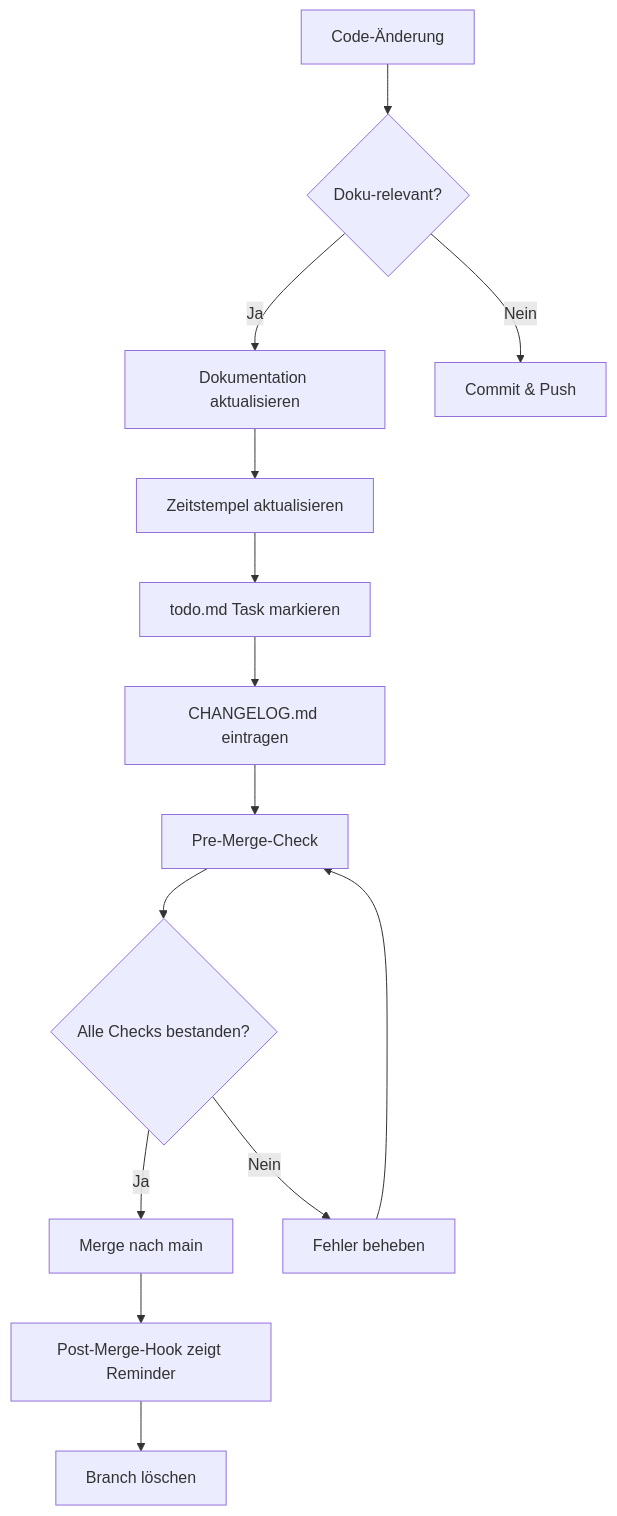
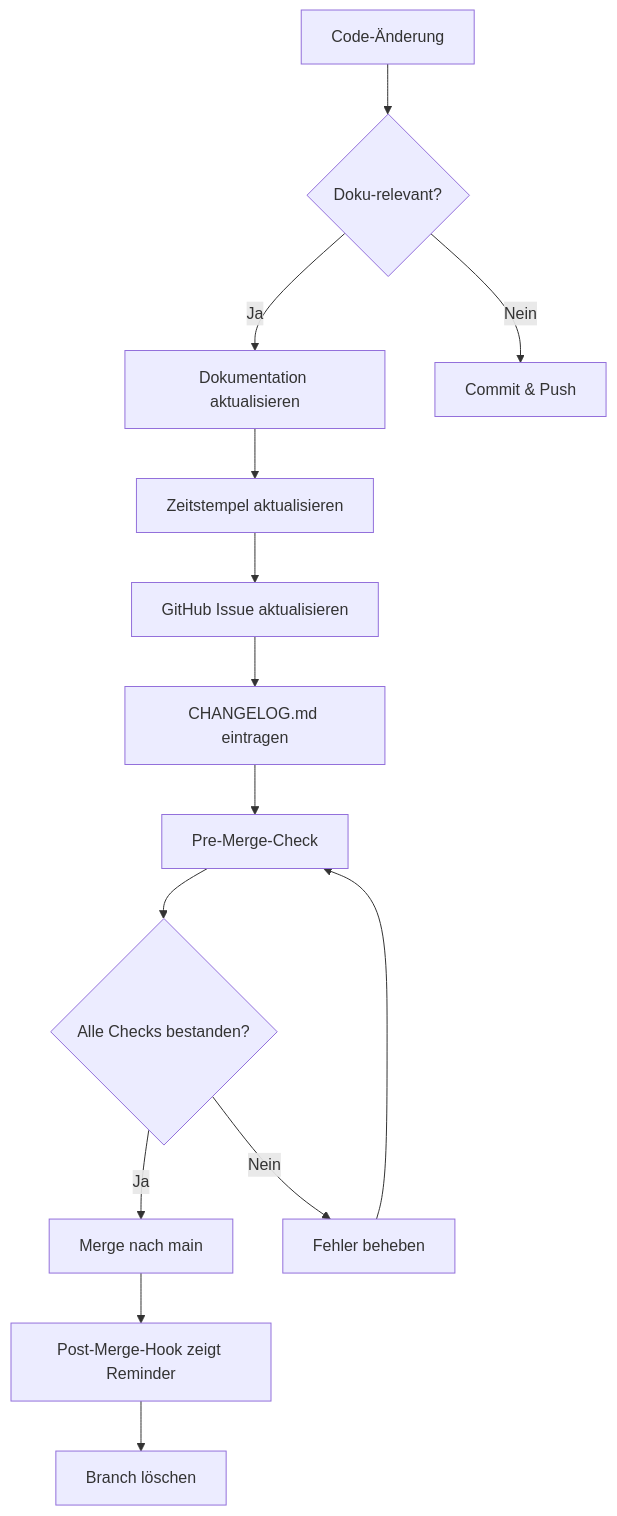
The diagram in docs/operations/documentation-governance.md (HaraldKiessling/DevSystem), drawn with Mermaid before and after one commit. The commit also changed other lines of this file and 19 other files, not shown here.

````diff
--- a/docs/operations/documentation-governance.md
+++ b/docs/operations/documentation-governance.md
@@ -267,16 +267,16 @@
 ```mermaid
 graph TD
     A[Code-Änderung] --> B{Doku-relevant?}
     B -->|Ja| C[Dokumentation aktualisieren]
     B -->|Nein| D[Commit & Push]
     C --> E[Zeitstempel aktualisieren]
-    E --> F[todo.md Task markieren]
+    E --> F[GitHub Issue aktualisieren]
     F --> G[CHANGELOG.md eintragen]
     G --> H[Pre-Merge-Check]
     H --> I{Alle Checks bestanden?}
     I -->|Ja| J[Merge nach main]
     I -->|Nein| K[Fehler beheben]
     K --> H
     J --> L[Post-Merge-Hook zeigt Reminder]
     L --> M[Branch löschen]
 ```
````
